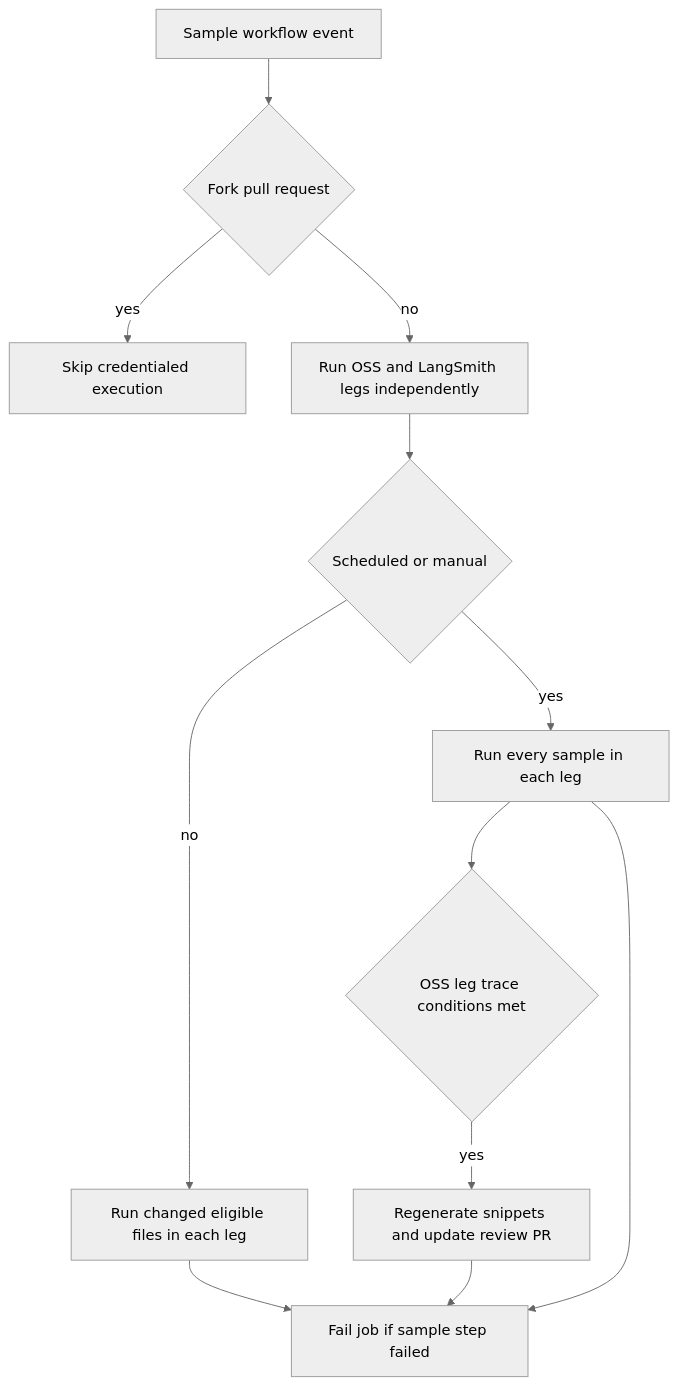
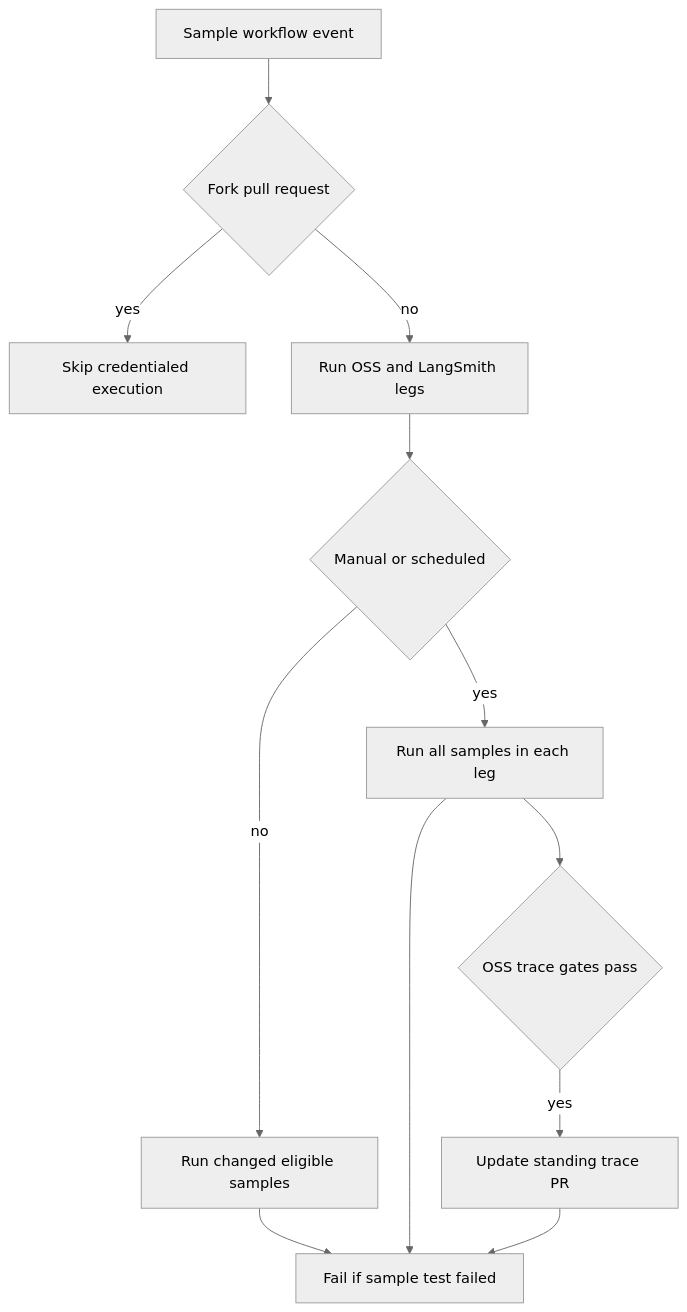
The second of 2 diagrams in openwiki/integrations/github-actions.md (langchain-ai/docs), drawn with Mermaid (neutral theme) before and after one commit. The commit also changed other lines of this file and 39 other files, not shown here.

````diff
--- a/openwiki/integrations/github-actions.md
+++ b/openwiki/integrations/github-actions.md
@@ -95,14 +105,14 @@
 ```mermaid
 flowchart TD
   Event["Sample workflow event"] --> Fork{"Fork pull request"}
   Fork -->|"yes"| Skip["Skip credentialed execution"]
-  Fork -->|"no"| Product["Run OSS and LangSmith legs independently"]
-  Product --> Scope{"Scheduled or manual"}
-  Scope -->|"no"| Diff["Run changed eligible files in each leg"]
-  Scope -->|"yes"| All["Run every sample in each leg"]
-  All --> OSS{"OSS leg trace conditions met"}
-  OSS -->|"yes"| Refresh["Regenerate snippets and update review PR"]
-  Diff --> Result["Fail job if sample step failed"]
-  Refresh --> Result
+  Fork -->|"no"| Legs["Run OSS and LangSmith legs"]
+  Legs --> Scope{"Manual or scheduled"}
+  Scope -->|"no"| Diff["Run changed eligible samples"]
+  Scope -->|"yes"| All["Run all samples in each leg"]
+  All --> Gate{"OSS trace gates pass"}
+  Gate -->|"yes"| TracePr["Update standing trace PR"]
+  Diff --> Result["Fail if sample test failed"]
   All --> Result
+  TracePr --> Result
 ```
````
